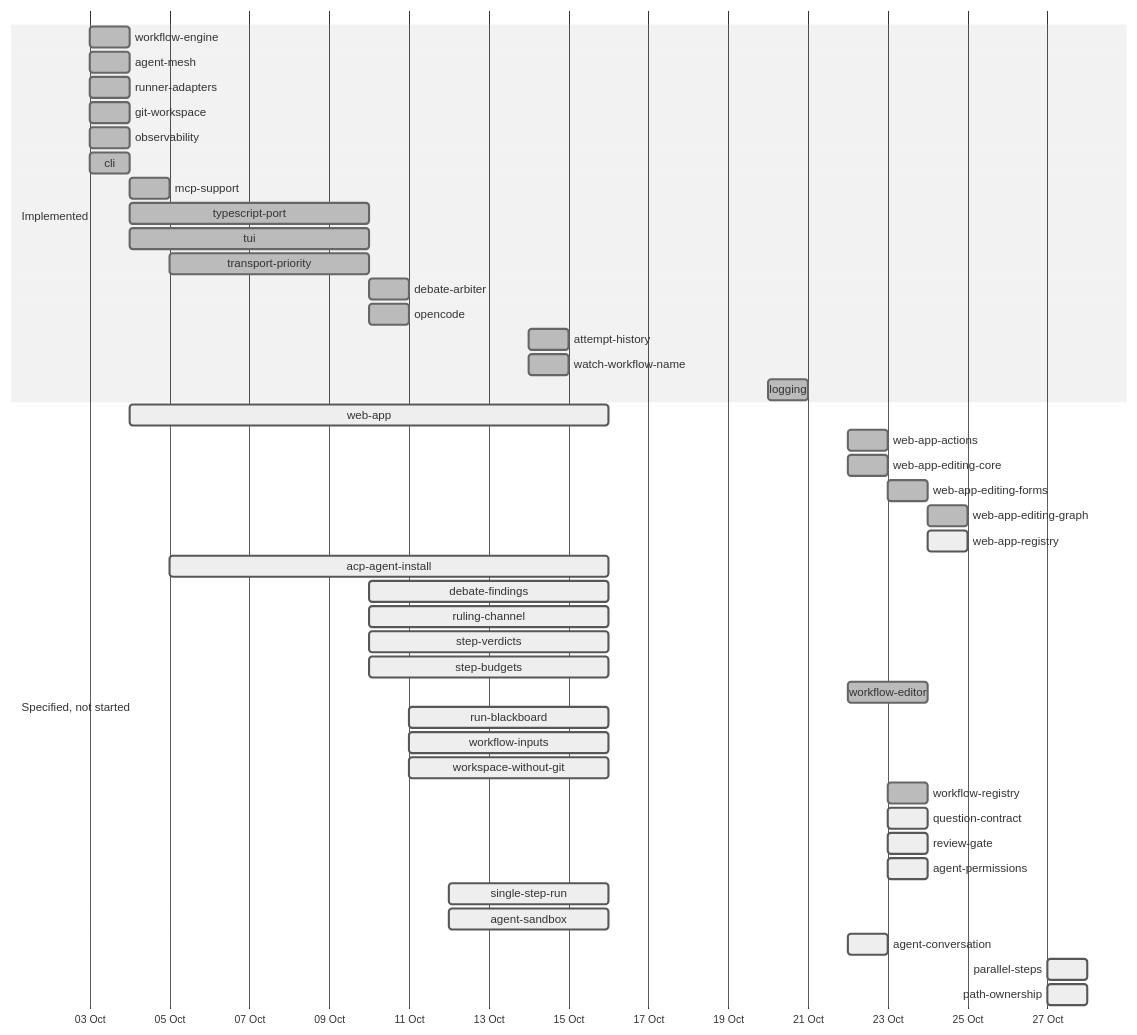
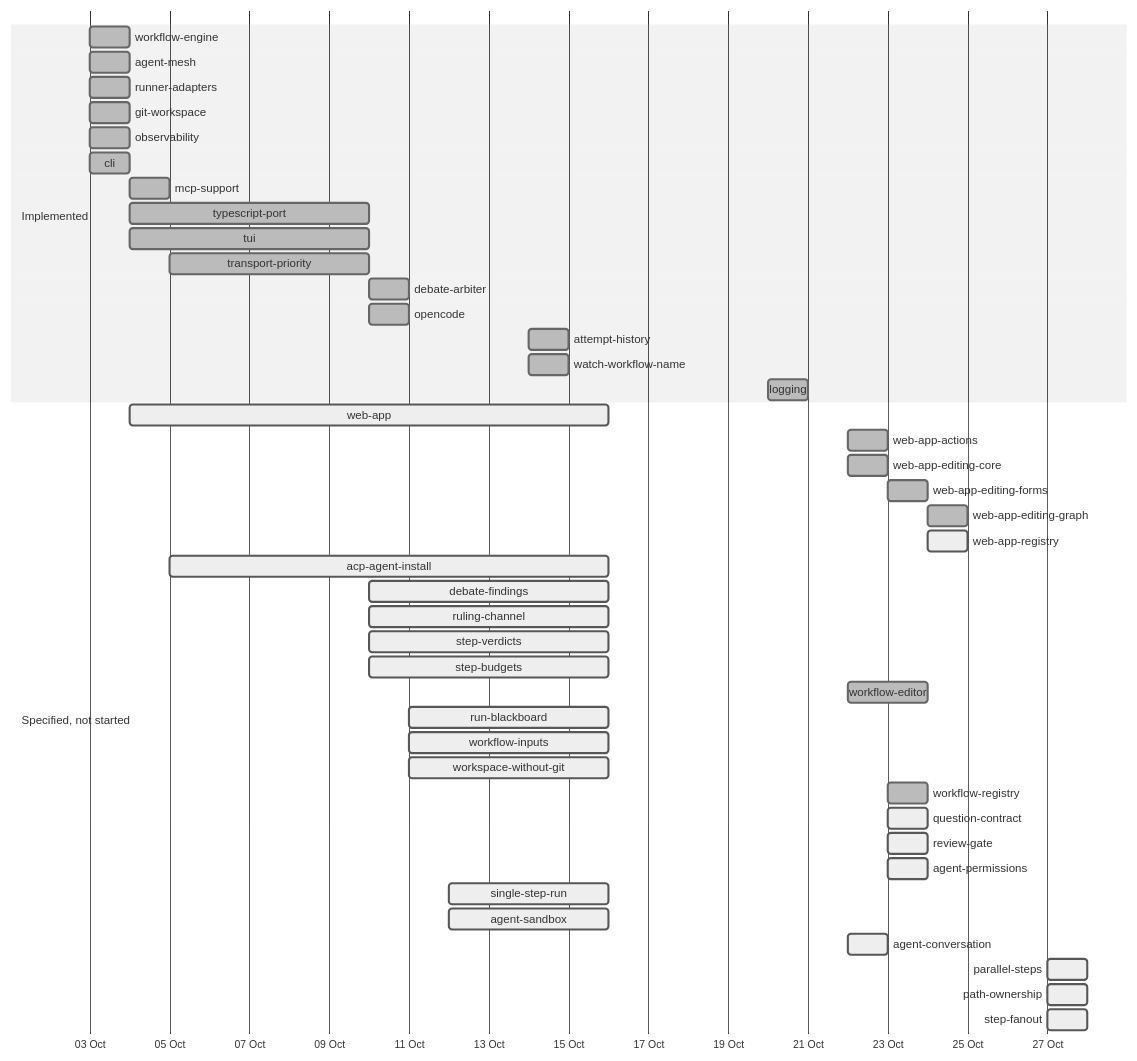
One commit to yaotzin1/indaba changed the second of 2 diagrams in specs/DEPENDENCY_MAP.md. Above: the diagram before and after it, drawn with Mermaid (neutral theme). The commit also changed other lines of this file and 5 other files, not shown here.

First line of the commit message:
Specify step fan-out and the graph extension point

````diff
--- a/specs/DEPENDENCY_MAP.md
+++ b/specs/DEPENDENCY_MAP.md
@@ -71,46 +71,47 @@
 ```mermaid
 gantt
     dateFormat YYYY-MM-DD
     axisFormat %d %b
     section Implemented
     workflow-engine        :done, 2026-10-03, 2026-10-04
     agent-mesh             :done, 2026-10-03, 2026-10-04
     runner-adapters        :done, 2026-10-03, 2026-10-04
     git-workspace          :done, 2026-10-03, 2026-10-04
     observability          :done, 2026-10-03, 2026-10-04
     cli                    :done, 2026-10-03, 2026-10-04
     mcp-support            :done, 2026-10-04, 1d
     typescript-port        :done, 2026-10-04, 2026-10-10
     tui                    :done, 2026-10-04, 2026-10-10
     transport-priority     :done, 2026-10-05, 2026-10-10
     debate-arbiter         :done, 2026-10-10, 1d
     opencode               :done, 2026-10-10, 1d
     attempt-history        :done, 2026-10-14, 1d
     watch-workflow-name    :done, 2026-10-14, 1d
     logging                :done, 2026-10-20, 2026-10-21
     section Specified, not started
     web-app                :active, 2026-10-04, 2026-10-16
     web-app-actions        :done, 2026-10-22, 1d
     web-app-editing-core   :done, 2026-10-22, 1d
     web-app-editing-forms  :done, 2026-10-23, 1d
     web-app-editing-graph  :done, 2026-10-24, 1d
     web-app-registry       :active, 2026-10-24, 1d
     acp-agent-install      :active, 2026-10-05, 2026-10-16
     debate-findings        :active, 2026-10-10, 2026-10-16
     ruling-channel         :active, 2026-10-10, 2026-10-16
     step-verdicts          :active, 2026-10-10, 2026-10-16
     step-budgets           :active, 2026-10-10, 2026-10-16
     workflow-editor        :done, 2026-10-22, 2d
     run-blackboard         :active, 2026-10-11, 2026-10-16
     workflow-inputs        :active, 2026-10-11, 2026-10-16
     workspace-without-git  :active, 2026-10-11, 2026-10-16
     workflow-registry      :done, 2026-10-23, 1d
     question-contract      :active, 2026-10-23, 2026-10-24
     review-gate            :active, 2026-10-23, 2026-10-24
     agent-permissions      :active, 2026-10-23, 2026-10-24
     single-step-run        :active, 2026-10-12, 2026-10-16
     agent-sandbox          :active, 2026-10-12, 2026-10-16
     agent-conversation     :active, 2026-10-22, 2026-10-23
     parallel-steps         :active, 2026-10-27, 1d
     path-ownership         :active, 2026-10-27, 1d
+    step-fanout            :active, 2026-10-27, 1d
 ```
````
